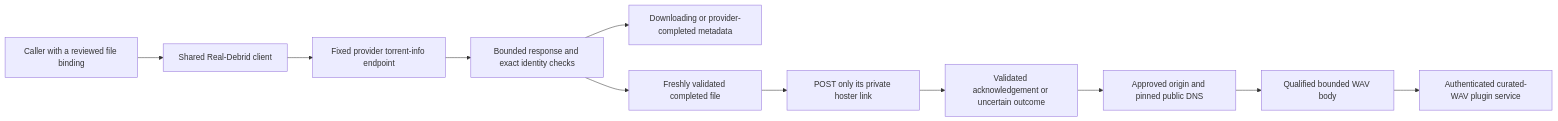
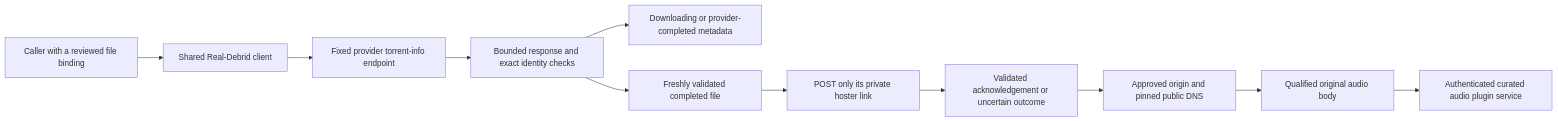
One commit to acidiney/hitoapp changed the first of 5 diagrams in docs/debrid-adapters.md. Above: the diagram before and after it, drawn with Mermaid. The commit also changed other lines of this file and 3 other files, not shown here.

````diff
--- a/docs/debrid-adapters.md
+++ b/docs/debrid-adapters.md
@@ -9,13 +9,13 @@
 ```mermaid
 flowchart LR
     Caller[Caller with a reviewed file binding] --> Client[Shared Real-Debrid client]
     Client --> API[Fixed provider torrent-info endpoint]
     API --> Check[Bounded response and exact identity checks]
     Check --> Result[Downloading or provider-completed metadata]
     Check --> Completed[Freshly validated completed file]
     Completed --> Unrestrict[POST only its private hoster link]
     Unrestrict --> Receipt[Validated acknowledgement or uncertain outcome]
     Receipt --> Destination[Approved origin and pinned public DNS]
-    Destination --> Audio[Qualified bounded WAV body]
-    Audio --> Service[Authenticated curated-WAV plugin service]
+    Destination --> Audio[Qualified original audio body]
+    Audio --> Service[Authenticated curated audio plugin service]
 ```
````
